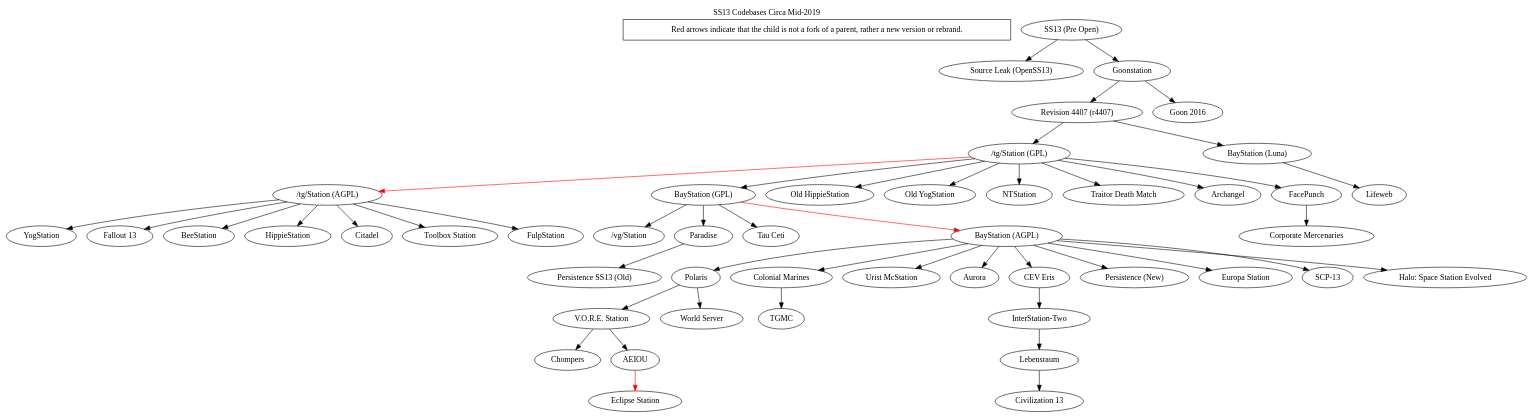
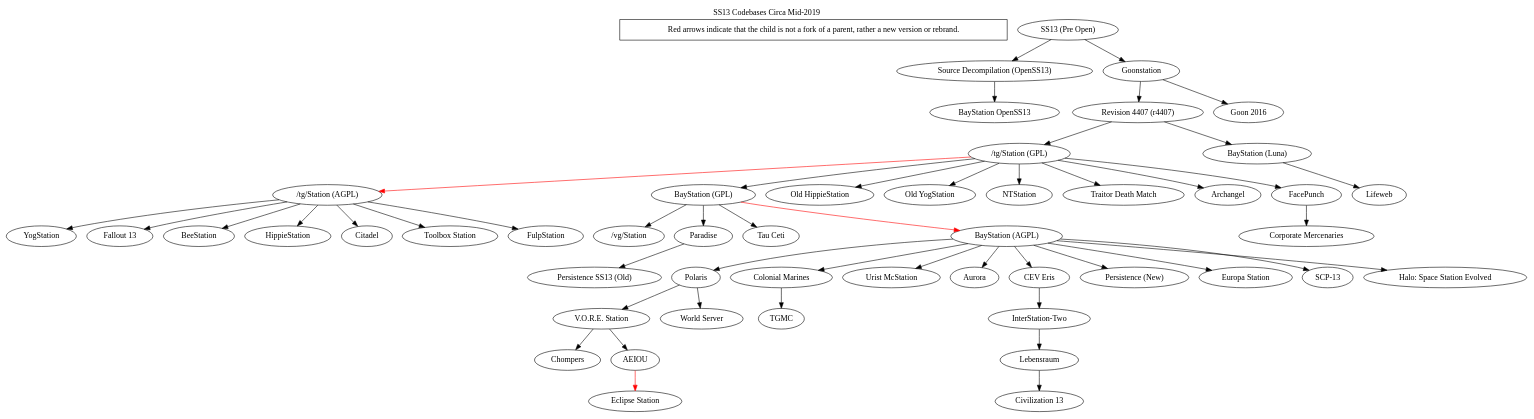
One commit to spacestation13/SS13-Codebases changed the diagram in tree.dot. Above: the diagram before and after it, drawn with Graphviz. The commit also changed 1 other file, not shown here.

Commit message:
openss13 bay

```diff
--- a/tree.dot
+++ b/tree.dot
@@ -1,54 +1,55 @@
 digraph  G {
 	label = "SS13 Codebases Circa Mid-2019"
 	labelloc="t"
 
 	// info boxes
 	"Red arrows indicate that the child is not a fork of a parent, rather a new version or rebrand." [shape=rectangle]
 
-	"SS13 (Pre Open)" -> "Source Leak (OpenSS13)"
+	"SS13 (Pre Open)" -> "Source Decompilation (OpenSS13)"
 	"SS13 (Pre Open)" -> "Goonstation"
+	"Source Decompilation (OpenSS13)" -> "BayStation OpenSS13"
 	"Goonstation" -> "Revision 4407 (r4407)"
 	"Goonstation" -> "Goon 2016"
 	"Revision 4407 (r4407)" -> "/tg/Station (GPL)"
 	"Revision 4407 (r4407)" -> "BayStation (Luna)"
 	"BayStation (Luna)" -> "Lifeweb" 
 	"/tg/Station (GPL)" -> "/tg/Station (AGPL)" [color=red]
 	"/tg/Station (GPL)" -> "BayStation (GPL)" 
 	"/tg/Station (GPL)" -> "Old HippieStation"
 	"/tg/Station (GPL)" -> "Old YogStation"
 	"/tg/Station (GPL)" -> "NTStation"
 	"/tg/Station (GPL)" -> "Traitor Death Match"
 	"/tg/Station (GPL)" -> "Archangel"
 	"/tg/Station (GPL)" -> "FacePunch"
 	"FacePunch" -> "Corporate Mercenaries"
 	"BayStation (GPL)" -> "/vg/Station"
 	"BayStation (GPL)" -> "Paradise"
 	"BayStation (GPL)" -> "Tau Ceti"
 	"BayStation (GPL)" -> "BayStation (AGPL)"  [color=red]
 	"Paradise" -> "Persistence SS13 (Old)"
 	"/tg/Station (AGPL)" -> "YogStation"
 	"/tg/Station (AGPL)" -> "Fallout 13"
 	"/tg/Station (AGPL)" -> "BeeStation"
 	"/tg/Station (AGPL)" -> "HippieStation"
 	"/tg/Station (AGPL)" -> "Citadel"
 	"/tg/Station (AGPL)" -> "Toolbox Station"
 	"/tg/Station (AGPL)" -> "FulpStation"
 	"BayStation (AGPL)" -> "Polaris"
 	"BayStation (AGPL)" -> "Colonial Marines"
 	"BayStation (AGPL)" -> "Urist McStation"
 	"BayStation (AGPL)" -> "Aurora"
 	"BayStation (AGPL)" -> "CEV Eris"
 	"BayStation (AGPL)" -> "Persistence (New)"
 	"BayStation (AGPL)" -> "Europa Station"
 	"BayStation (AGPL)" -> "SCP-13"
 	"BayStation (AGPL)" -> "Halo: Space Station Evolved"
 	"Colonial Marines" -> "TGMC"
 	"CEV Eris" -> "InterStation-Two"
 	"InterStation-Two" -> "Lebensraum"
 	"Lebensraum" -> "Civilization 13"
 	"Polaris" -> "V.O.R.E. Station"
 	"V.O.R.E. Station" -> "Chompers"
 	"V.O.R.E. Station" -> "AEIOU"
 	"Polaris" -> "World Server"
 	"AEIOU" -> "Eclipse Station" [color=red]
 }
```
